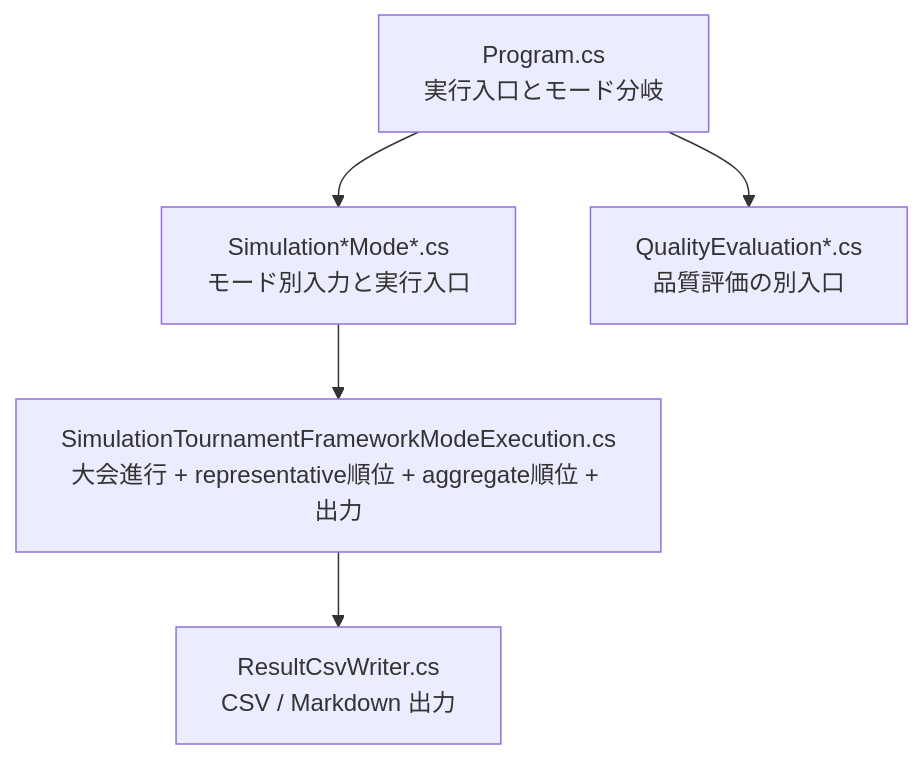
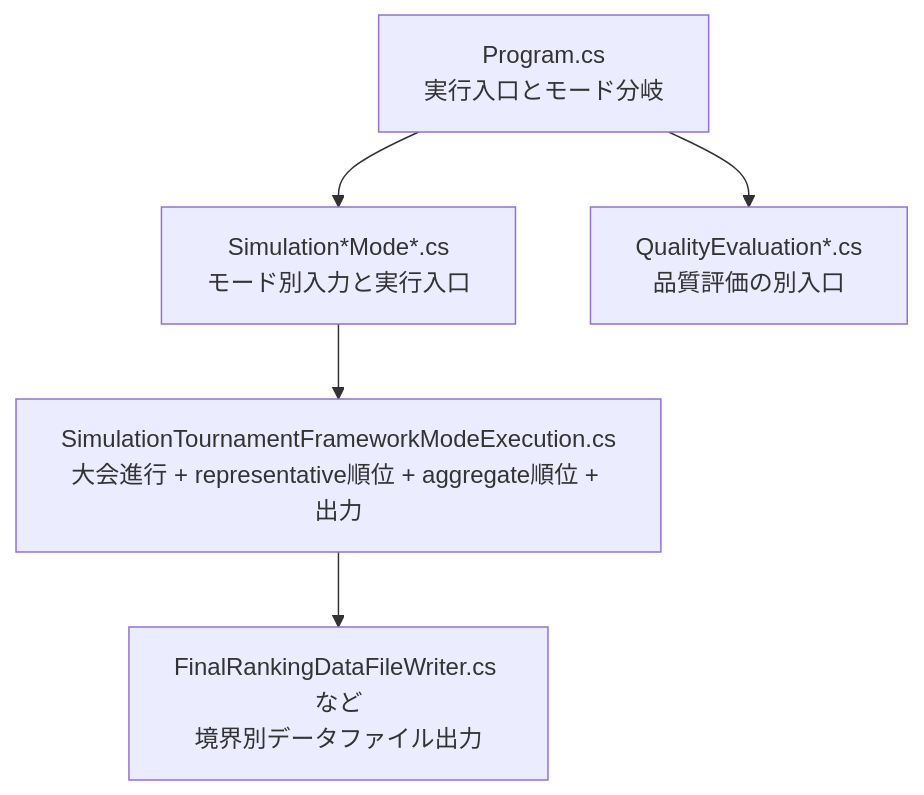
The fifth of 5 diagrams in docs/むずでょの案/［大会ルール作成］の理想形と現状の差.md (muzudho/ShogiTournamentSystemAnalyzer), drawn with Mermaid before and after one commit. The commit also changed 17 other files, not shown here.

````diff
--- a/docs/むずでょの案/［大会ルール作成］の理想形と現状の差.md
+++ b/docs/むずでょの案/［大会ルール作成］の理想形と現状の差.md
@@ -232,7 +232,7 @@
 ```mermaid
 flowchart TD
 	P[Program.cs<br/>実行入口とモード分岐] --> M[Simulation*Mode*.cs<br/>モード別入力と実行入口]
 	M --> T[SimulationTournamentFrameworkModeExecution.cs<br/>大会進行 + representative順位 + aggregate順位 + 出力]
-	T --> O[ResultCsvWriter.cs<br/>CSV / Markdown 出力]
+	T --> O[FinalRankingDataFileWriter.cs など<br/>境界別データファイル出力]
 	P --> Q[QualityEvaluation*.cs<br/>品質評価の別入口]
 ```
````
